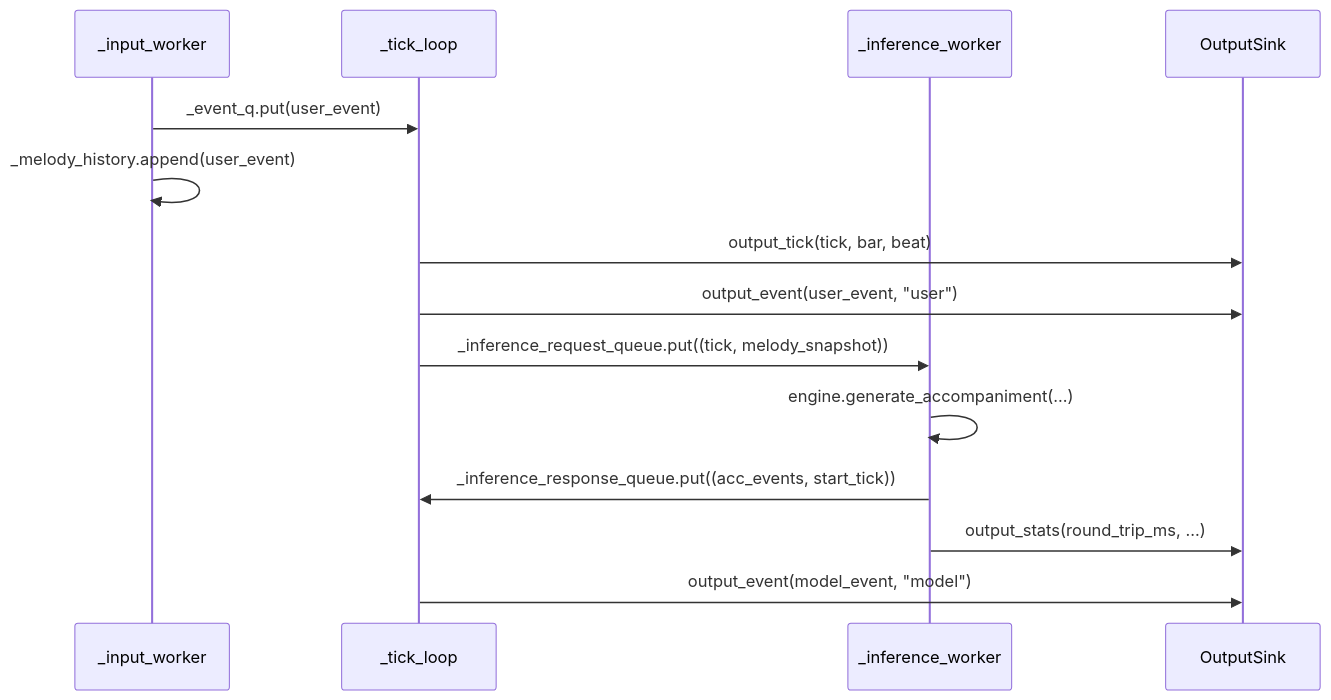
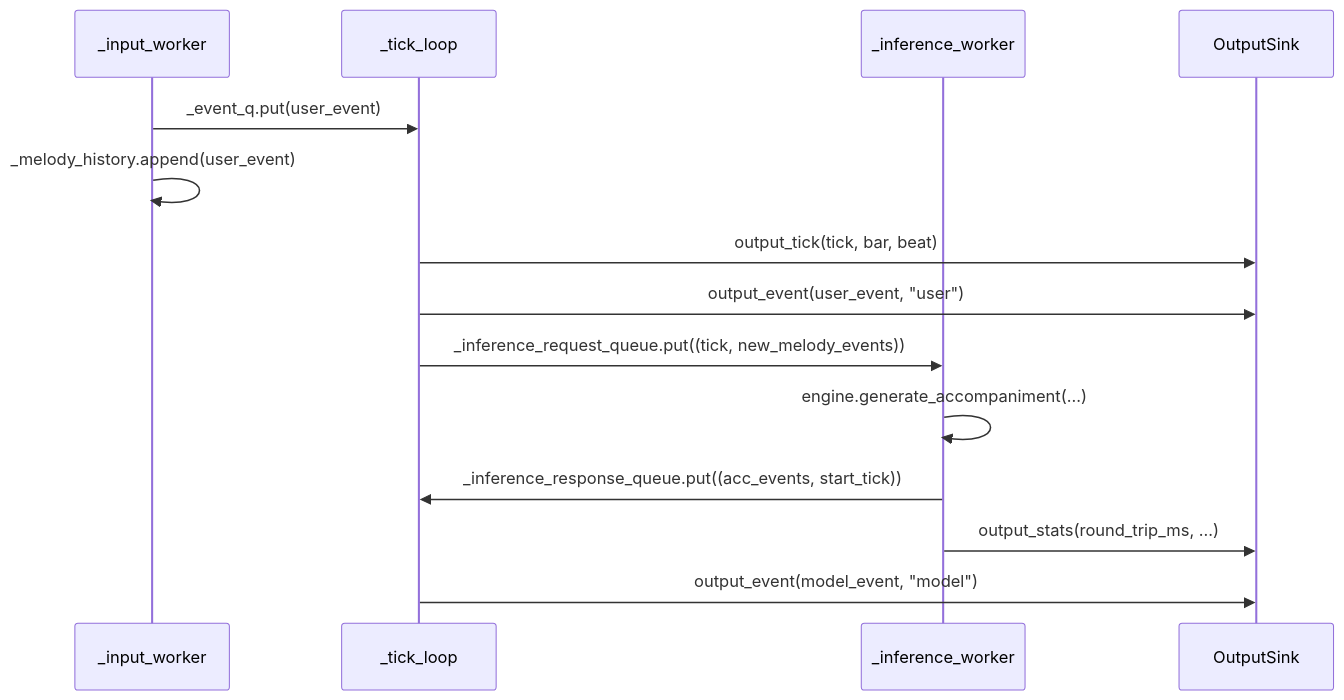
One commit to StreamMUSE/StreamMUSE-v1 changed the diagram in docs/architecture/application/service.md. Above: the diagram before and after it, drawn with Mermaid. The commit also changed other lines of this file and 32 other files, not shown here.

````diff
--- a/docs/architecture/application/service.md
+++ b/docs/architecture/application/service.md
@@ -132,17 +132,17 @@
 ```mermaid
 sequenceDiagram
     participant IW as _input_worker
     participant TL as _tick_loop
     participant InfW as _inference_worker
     participant OS as OutputSink
 
     IW->>TL: _event_q.put(user_event)
     IW->>IW: _melody_history.append(user_event)
     TL->>OS: output_tick(tick, bar, beat)
     TL->>OS: output_event(user_event, "user")
-    TL->>InfW: _inference_request_queue.put((tick, melody_snapshot))
+    TL->>InfW: _inference_request_queue.put((tick, new_melody_events))
     InfW->>InfW: engine.generate_accompaniment(...)
     InfW->>TL: _inference_response_queue.put((acc_events, start_tick))
     InfW->>OS: output_stats(round_trip_ms, ...)
     TL->>OS: output_event(model_event, "model")
 ```
````
